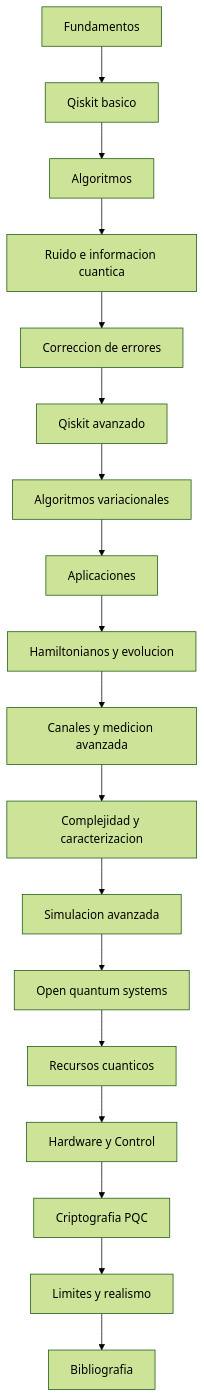
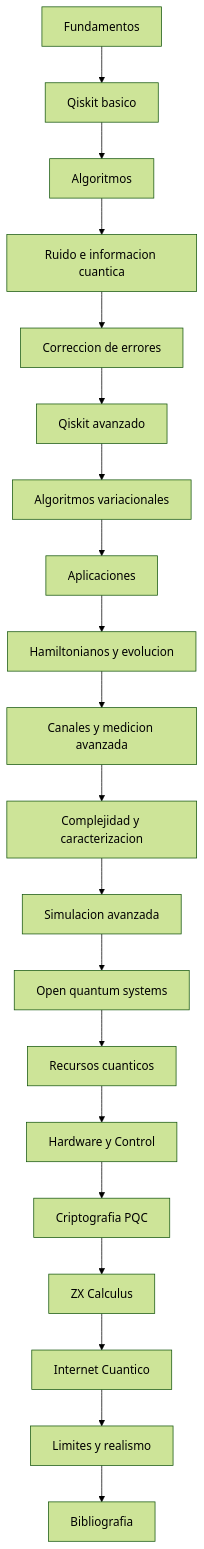
The diagram in Tutorial/indice_general.md (LegalIntermediaSL/ComputacionCuantica), drawn with Mermaid (forest theme) before and after one commit. The commit also changed other lines of this file and 17 other files, not shown here.

````diff
--- a/Tutorial/indice_general.md
+++ b/Tutorial/indice_general.md
@@ -7,20 +7,22 @@
 ```mermaid
 flowchart TD
     A["Fundamentos"] --> B["Qiskit basico"]
     B --> C["Algoritmos"]
     C --> D["Ruido e informacion cuantica"]
     D --> E["Correccion de errores"]
     E --> F["Qiskit avanzado"]
     F --> G["Algoritmos variacionales"]
     G --> H["Aplicaciones"]
     H --> I["Hamiltonianos y evolucion"]
     I --> J["Canales y medicion avanzada"]
     J --> K["Complejidad y caracterizacion"]
     K --> L["Simulacion avanzada"]
     L --> M["Open quantum systems"]
     M --> N["Recursos cuanticos"]
     N --> O["Hardware y Control"]
     O --> P["Criptografia PQC"]
-    P --> Q["Limites y realismo"]
-    Q --> R["Bibliografia"]
+    P --> Q["ZX Calculus"]
+    Q --> R["Internet Cuantico"]
+    R --> S["Limites y realismo"]
+    S --> T["Bibliografia"]
 ```
````
